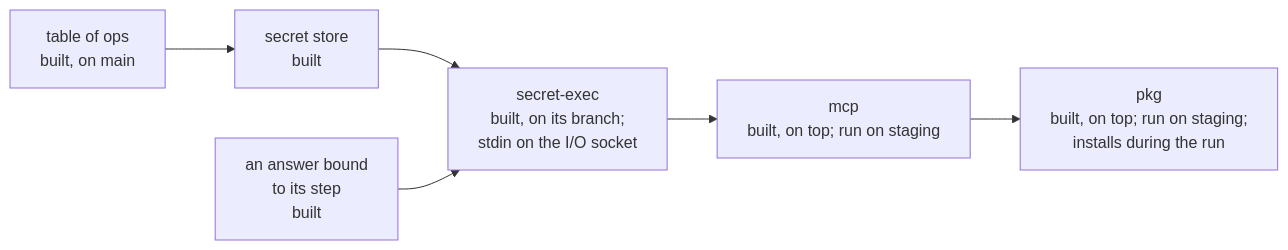
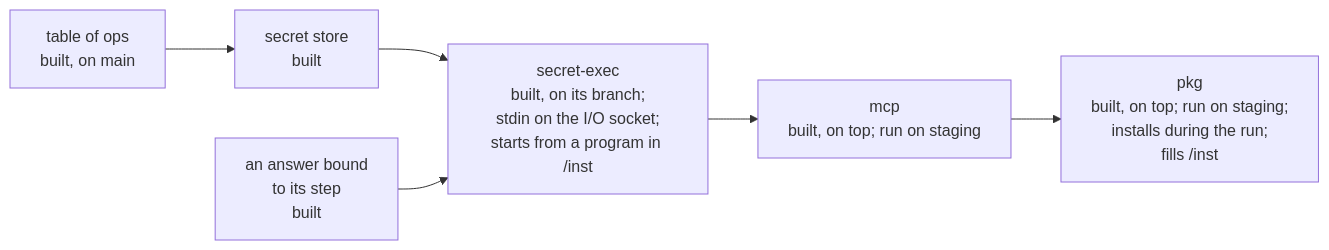
Before and after one commit to signadot/viff: the ninth of 9 diagrams in docs/articles/external-tools-and-secrets.md, drawn with Mermaid. The commit also changed other lines of this file and 2 other files, not shown here.

First line of the commit message:
pkg, docs: what the install root being open to a command with a secret means here

````diff
--- a/docs/articles/external-tools-and-secrets.md
+++ b/docs/articles/external-tools-and-secrets.md
@@ -684,8 +695,8 @@
 ```mermaid
 flowchart LR
   T1["table of ops<br/>built, on main"] --> T2["secret store<br/>built"]
-  T2 --> T3["secret-exec<br/>built, on its branch;<br/>stdin on the I/O socket"]
+  T2 --> T3["secret-exec<br/>built, on its branch;<br/>stdin on the I/O socket;<br/>starts from a program in /inst"]
   B["an answer bound<br/>to its step<br/>built"] --> T3
   T3 --> T4["mcp<br/>built, on top; run on staging"]
-  T4 --> T5["pkg<br/>built, on top; run on staging;<br/>installs during the run"]
+  T4 --> T5["pkg<br/>built, on top; run on staging;<br/>installs during the run;<br/>fills /inst"]
 ```
````
